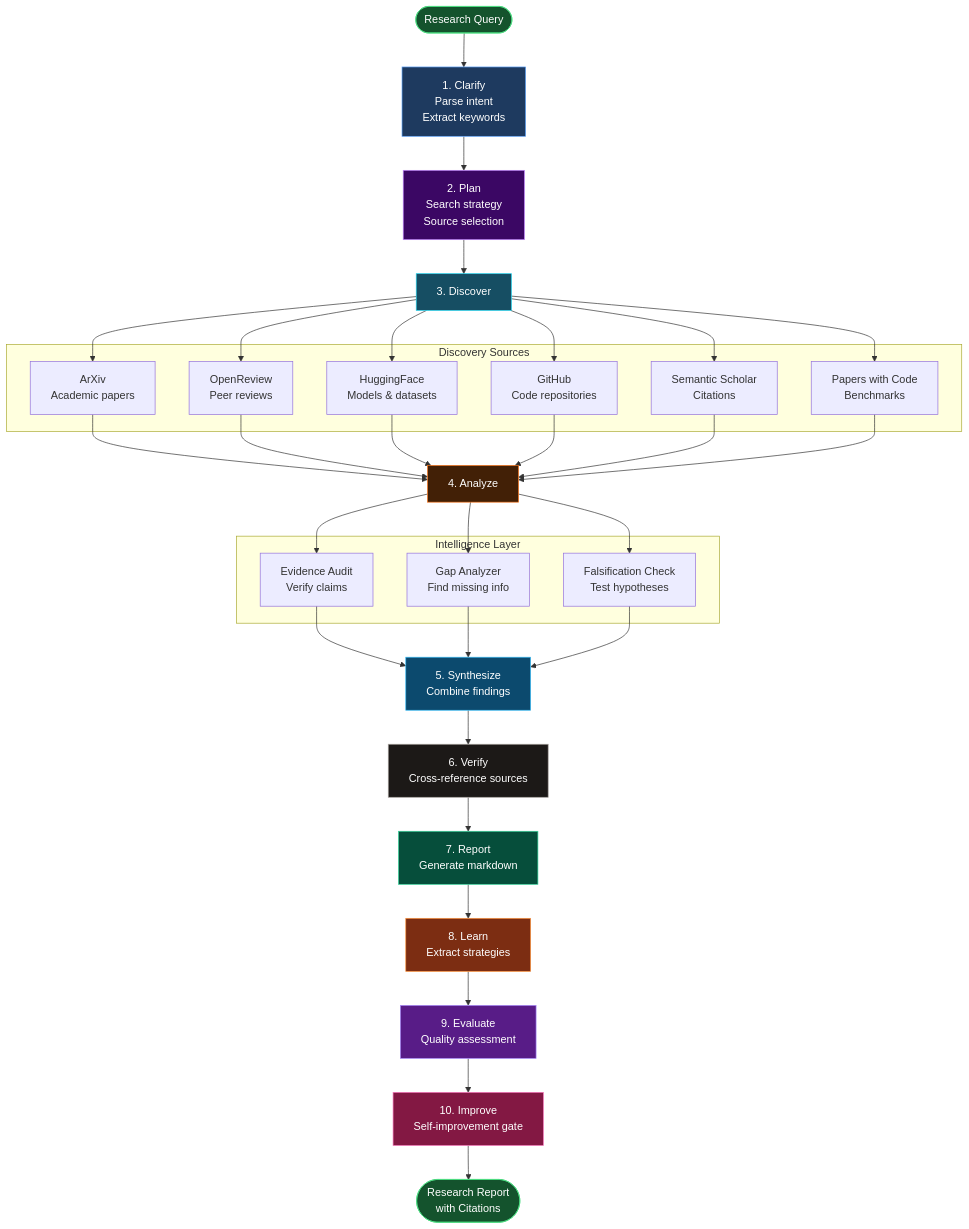
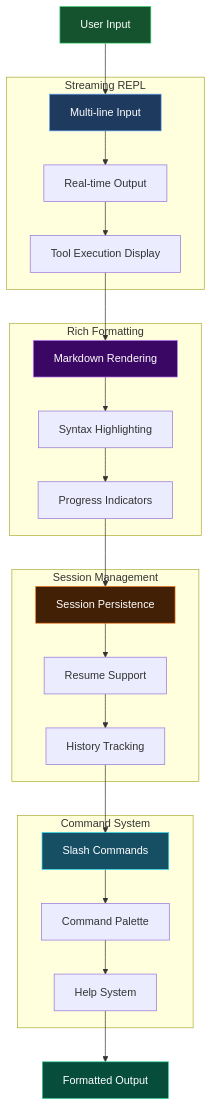
One commit to ndqkhanh/lyra changed the sixth of 9 diagrams in docs/ARCHITECTURE_DIAGRAMS.md. Above: the diagram before and after it, drawn with Mermaid. The commit also changed other lines of this file, not shown here.

First line of the commit message:
docs: Update ARCHITECTURE_DIAGRAMS.md with all 5 completed plans

````diff
--- a/docs/ARCHITECTURE_DIAGRAMS.md
+++ b/docs/ARCHITECTURE_DIAGRAMS.md
@@ -225,51 +325,43 @@
 ```mermaid
 graph TB
-    START([Research Query]) --> CLARIFY[1. Clarify<br/>Parse intent<br/>Extract keywords]
-    
-    CLARIFY --> PLAN[2. Plan<br/>Search strategy<br/>Source selection]
-    
-    PLAN --> DISCOVER[3. Discover]
-    
-    subgraph "Discovery Sources"
-        D1[ArXiv<br/>Academic papers]
-        D2[OpenReview<br/>Peer reviews]
-        D3[HuggingFace<br/>Models & datasets]
-        D4[GitHub<br/>Code repositories]
-        D5[Semantic Scholar<br/>Citations]
-        D6[Papers with Code<br/>Benchmarks]
+    subgraph "Streaming REPL"
+        SR1[Multi-line Input]
+        SR2[Real-time Output]
+        SR3[Tool Execution Display]
     end
     
-    DISCOVER --> D1 & D2 & D3 & D4 & D5 & D6
-    D1 & D2 & D3 & D4 & D5 & D6 --> ANALYZE[4. Analyze]
-    
-    subgraph "Intelligence Layer"
-        I1[Evidence Audit<br/>Verify claims]
-        I2[Gap Analyzer<br/>Find missing info]
-        I3[Falsification Check<br/>Test hypotheses]
+    subgraph "Rich Formatting"
+        RF1[Markdown Rendering]
+        RF2[Syntax Highlighting]
+        RF3[Progress Indicators]
     end
     
-    ANALYZE --> I1 & I2 & I3
-    I1 & I2 & I3 --> SYNTHESIZE[5. Synthesize<br/>Combine findings]
+    subgraph "Session Management"
+        SM1[Session Persistence]
+        SM2[Resume Support]
+        SM3[History Tracking]
+    end
     
-    SYNTHESIZE --> VERIFY[6. Verify<br/>Cross-reference sources]
-    VERIFY --> REPORT[7. Report<br/>Generate markdown]
+    subgraph "Command System"
+        CS1[Slash Commands]
+        CS2[Command Palette]
+        CS3[Help System]
+    end
     
-    REPORT --> LEARN[8. Learn<br/>Extract strategies]
-    LEARN --> EVALUATE[9. Evaluate<br/>Quality assessment]
-    EVALUATE --> IMPROVE[10. Improve<br/>Self-improvement gate]
+    USER[User Input] --> SR1
+    SR1 --> SR2 --> SR3
+    SR3 --> RF1
+    RF1 --> RF2 --> RF3
+    RF3 --> SM1
+    SM1 --> SM2 --> SM3
+    SM3 --> CS1
+    CS1 --> CS2 --> CS3
+    CS3 --> OUTPUT[Formatted Output]
     
-    IMPROVE --> OUTPUT([Research Report<br/>with Citations])
-    
-    style START fill:#14532d,stroke:#4ade80,color:#fff
-    style CLARIFY fill:#1e3a5f,stroke:#60a5fa,color:#fff
-    style PLAN fill:#3b0764,stroke:#c084fc,color:#fff
-    style DISCOVER fill:#164e63,stroke:#22d3ee,color:#fff
-    style ANALYZE fill:#422006,stroke:#f97316,color:#fff
-    style SYNTHESIZE fill:#0c4a6e,stroke:#38bdf8,color:#fff
-    style VERIFY fill:#1c1917,stroke:#a8a29e,color:#fff
-    style REPORT fill:#064e3b,stroke:#34d399,color:#fff
-    style LEARN fill:#7c2d12,stroke:#fb923c,color:#fff
-    style EVALUATE fill:#581c87,stroke:#a78bfa,color:#fff
-    style IMPROVE fill:#831843,stroke:#f472b6,color:#fff
-    style OUTPUT fill:#14532d,stroke:#4ade80,color:#fff
+    style USER fill:#14532d,stroke:#4ade80,color:#fff
+    style SR1 fill:#1e3a5f,stroke:#60a5fa,color:#fff
+    style RF1 fill:#3b0764,stroke:#c084fc,color:#fff
+    style SM1 fill:#422006,stroke:#f97316,color:#fff
+    style CS1 fill:#164e63,stroke:#22d3ee,color:#fff
+    style OUTPUT fill:#064e3b,stroke:#34d399,color:#fff
 ```
````
